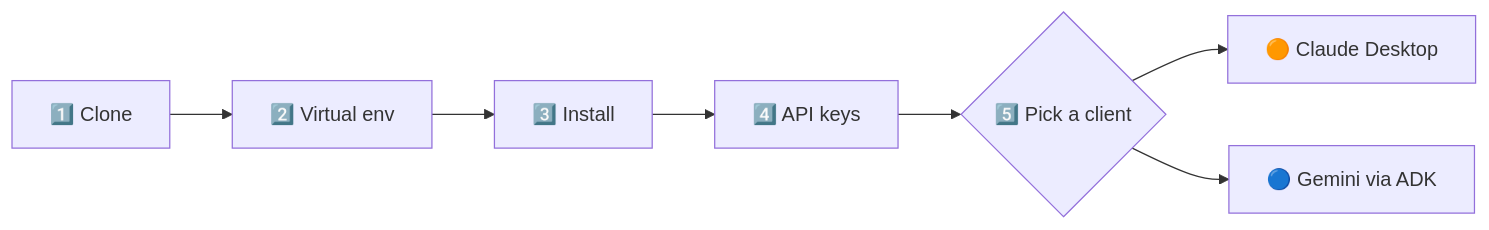
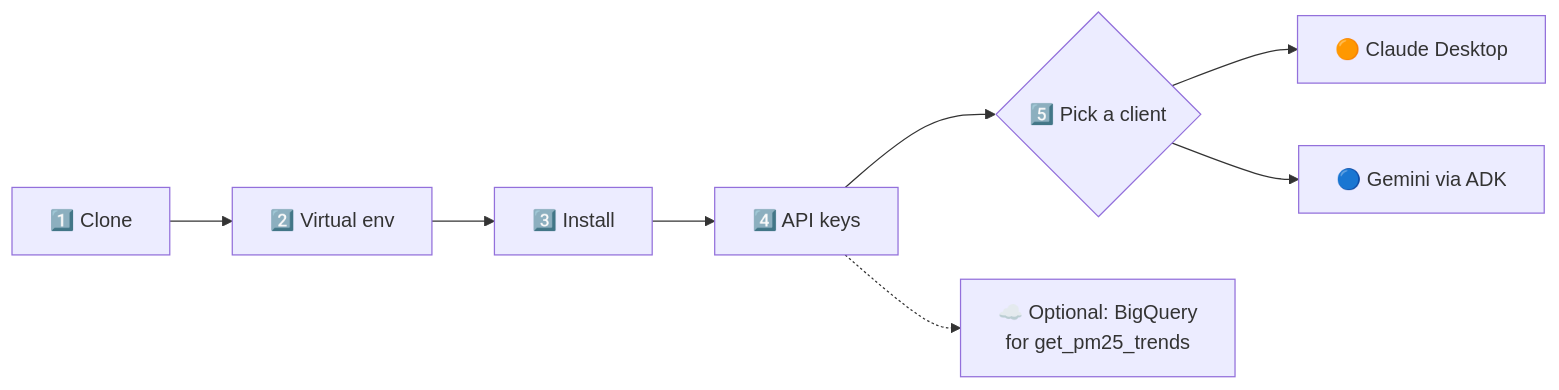
Before and after one commit to maahipatel05/ecosentinel: diagram 18 of 18 in README.md, drawn with Mermaid. The commit also changed other lines of this file and 11 other files, not shown here.

````diff
--- a/README.md
+++ b/README.md
@@ -610,9 +736,10 @@
 ```mermaid
 flowchart LR
     A["1️⃣ Clone"] --> B["2️⃣ Virtual env"]
     B --> C["3️⃣ Install"]
     C --> D["4️⃣ API keys"]
     D --> E{"5️⃣ Pick a client"}
     E --> F["🟠 Claude Desktop"]
     E --> G["🔵 Gemini via ADK"]
+    D -.-> H["☁️ Optional: BigQuery<br/>for get_pm25_trends"]
 ```
````
